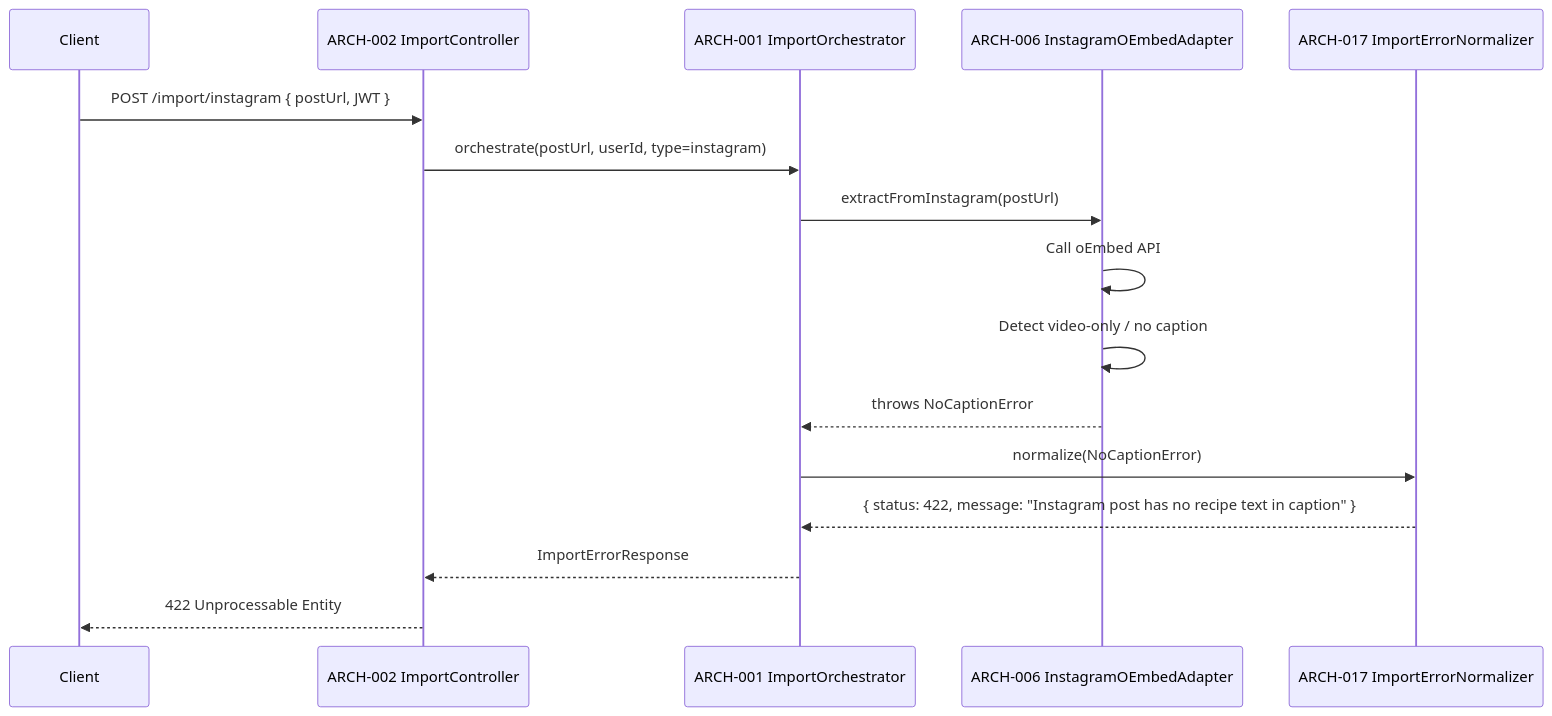
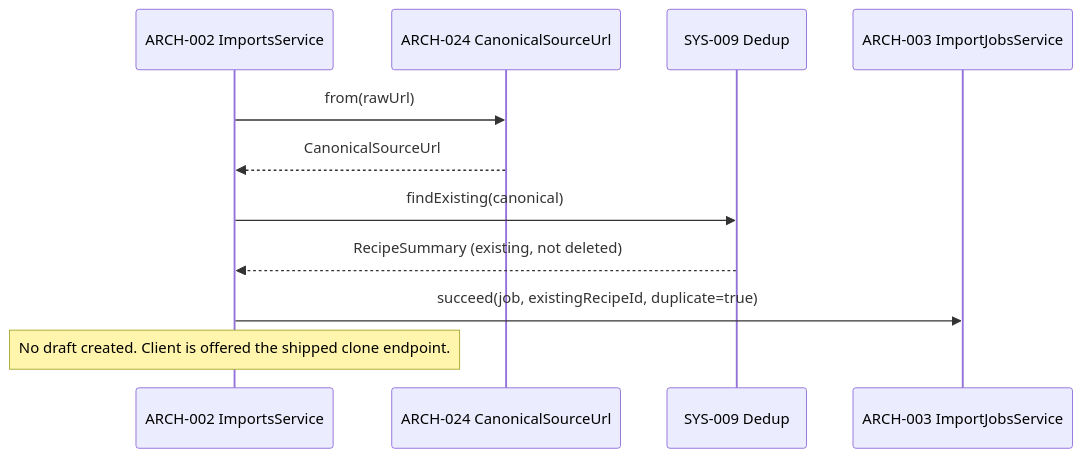
Before and after one commit to radicle-co/KitchenSink: the third of 4 diagrams in specs/004-recipe-importing/v-model/architecture-design.md, drawn with Mermaid. The commit also changed other lines of this file and 50 other files, not shown here.

First line of the commit message:
docs(004): reconcile recipe-importing spec set against shipped main (#80)

````diff
--- a/specs/004-recipe-importing/v-model/architecture-design.md
+++ b/specs/004-recipe-importing/v-model/architecture-design.md
@@ -119,19 +160,14 @@
 ```mermaid
 sequenceDiagram
-    participant Client
-    participant ARCH002 as ARCH-002 ImportController
-    participant ARCH001 as ARCH-001 ImportOrchestrator
-    participant ARCH006 as ARCH-006 InstagramOEmbedAdapter
-    participant ARCH017 as ARCH-017 ImportErrorNormalizer
+    participant S as ARCH-002 ImportsService
+    participant U as ARCH-024 CanonicalSourceUrl
+    participant DD as SYS-009 Dedup
+    participant J as ARCH-003 ImportJobsService
 
-    Client->>ARCH002: POST /import/instagram { postUrl, JWT }
-    ARCH002->>ARCH001: orchestrate(postUrl, userId, type=instagram)
-    ARCH001->>ARCH006: extractFromInstagram(postUrl)
-    ARCH006->>ARCH006: Call oEmbed API
-    ARCH006->>ARCH006: Detect video-only / no caption
-    ARCH006-->>ARCH001: throws NoCaptionError
-    ARCH001->>ARCH017: normalize(NoCaptionError)
-    ARCH017-->>ARCH001: { status: 422, message: "Instagram post has no recipe text in caption" }
-    ARCH001-->>ARCH002: ImportErrorResponse
-    ARCH002-->>Client: 422 Unprocessable Entity
+    S->>U: from(rawUrl)
+    U-->>S: CanonicalSourceUrl
+    S->>DD: findExisting(canonical)
+    DD-->>S: RecipeSummary (existing, not deleted)
+    S->>J: succeed(job, existingRecipeId, duplicate=true)
+    Note over S: No draft created. Client is offered the shipped clone endpoint.
 ```
````
